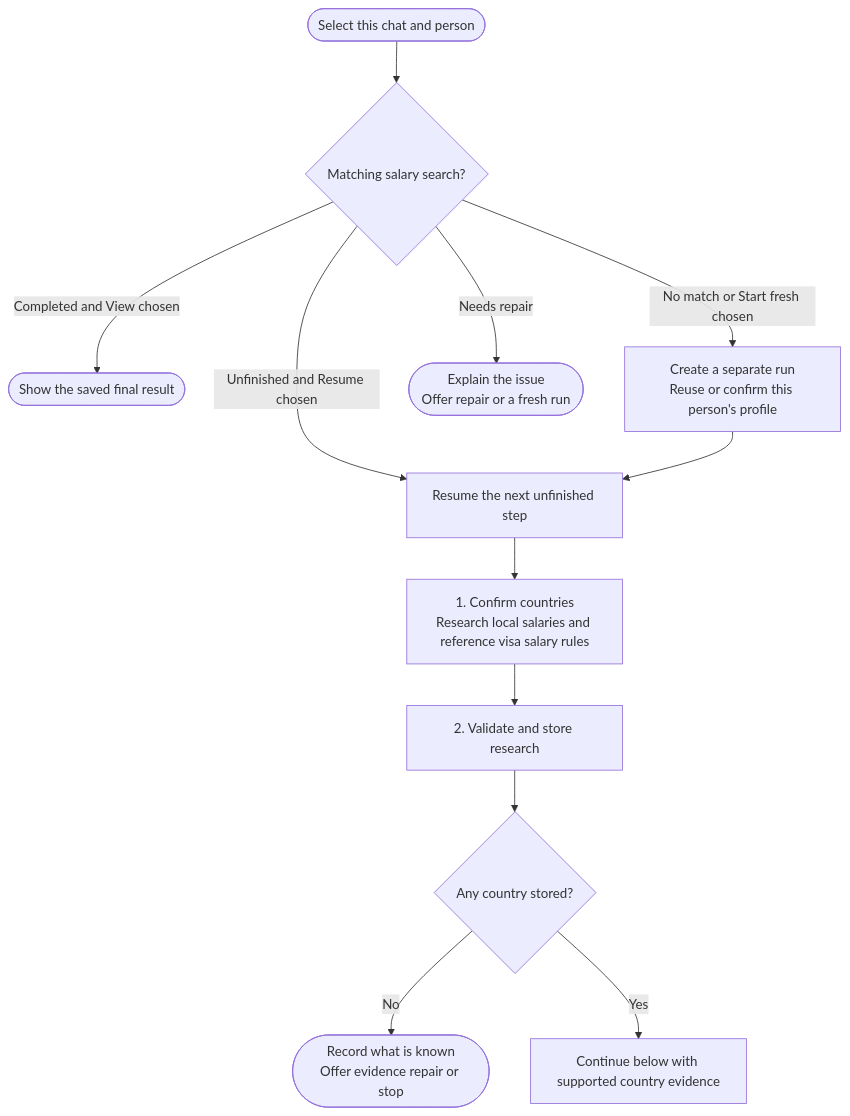
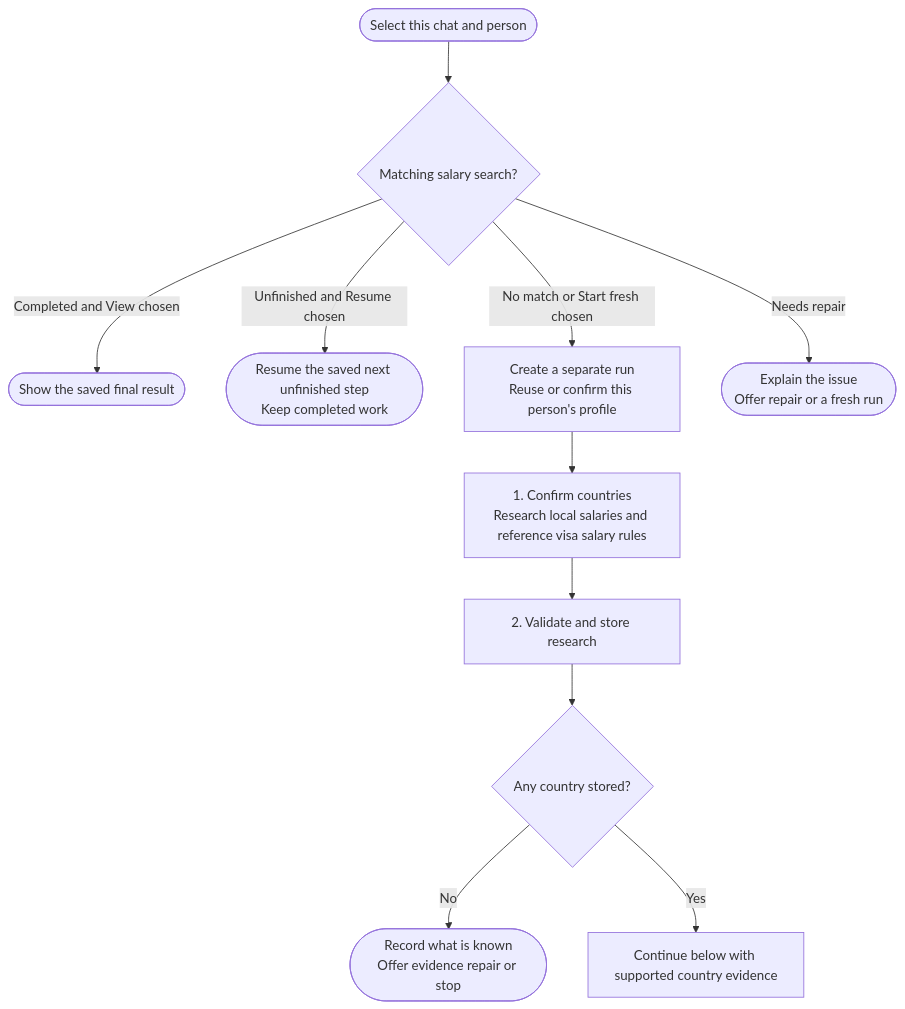
Before and after one commit to myowinthein/agent-compass: the first of 2 diagrams in docs/commands/salary-calculator/detailed.md, drawn with Mermaid. The commit also changed other lines of this file, not shown here.

Commit message:
docs(salary-calculator): clarify resume and repair paths

````diff
--- a/docs/commands/salary-calculator/detailed.md
+++ b/docs/commands/salary-calculator/detailed.md
@@ -24,14 +24,13 @@
 ```mermaid
 flowchart TD
   Start(["Select this chat and person"]) --> Status{"Matching salary search?"}
   Status -->|Completed and View chosen| Replay(["Show the saved final result"])
-  Status -->|Unfinished and Resume chosen| Resume["Resume the next unfinished step"]
+  Status -->|Unfinished and Resume chosen| Resume(["Resume the saved next unfinished step<br/>Keep completed work"])
   Status -->|No match or Start fresh chosen| Profile["Create a separate run<br/>Reuse or confirm this person's profile"]
-  Profile --> Resume
   Status -->|Needs repair| Recover(["Explain the issue<br/>Offer repair or a fresh run"])
-  Resume --> S1["1. Confirm countries<br/>Research local salaries and reference visa salary rules"]
+  Profile --> S1["1. Confirm countries<br/>Research local salaries and reference visa salary rules"]
   S1 --> S2["2. Validate and store research"]
   S2 --> Stored{"Any country stored?"}
   Stored -->|No| Repair(["Record what is known<br/>Offer evidence repair or stop"])
   Stored -->|Yes| Continue["Continue below with supported country evidence"]
 ```
````
